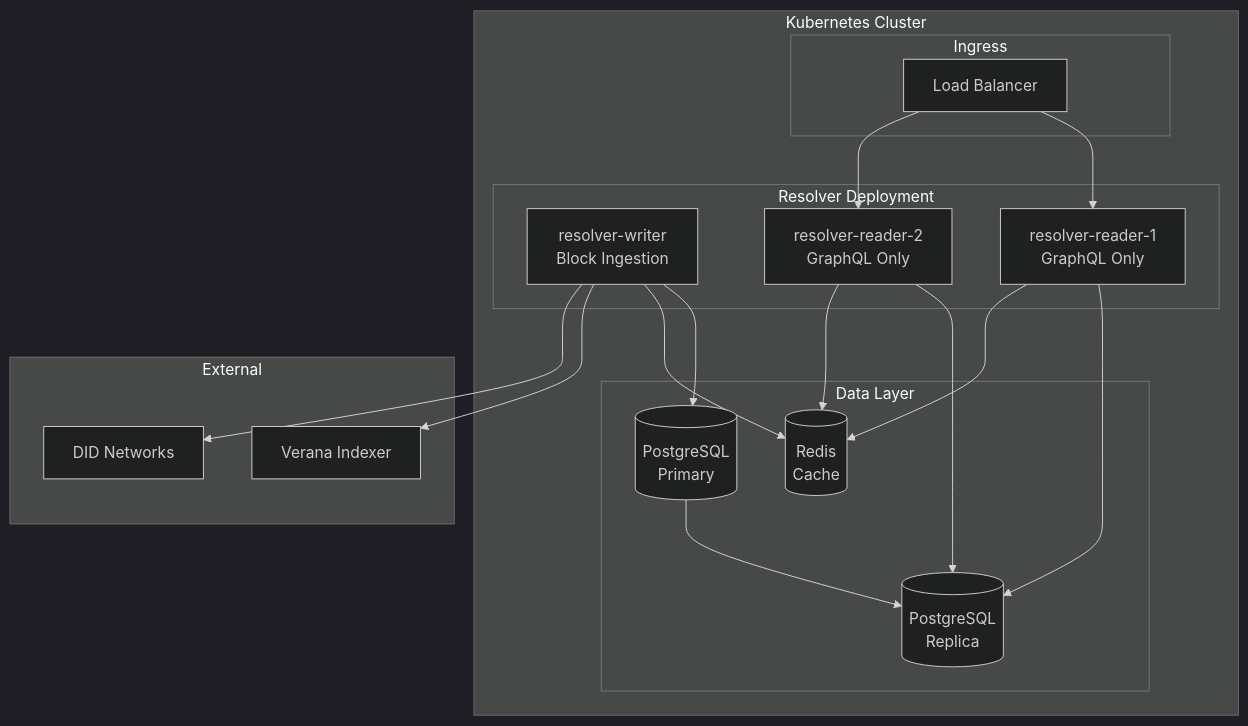
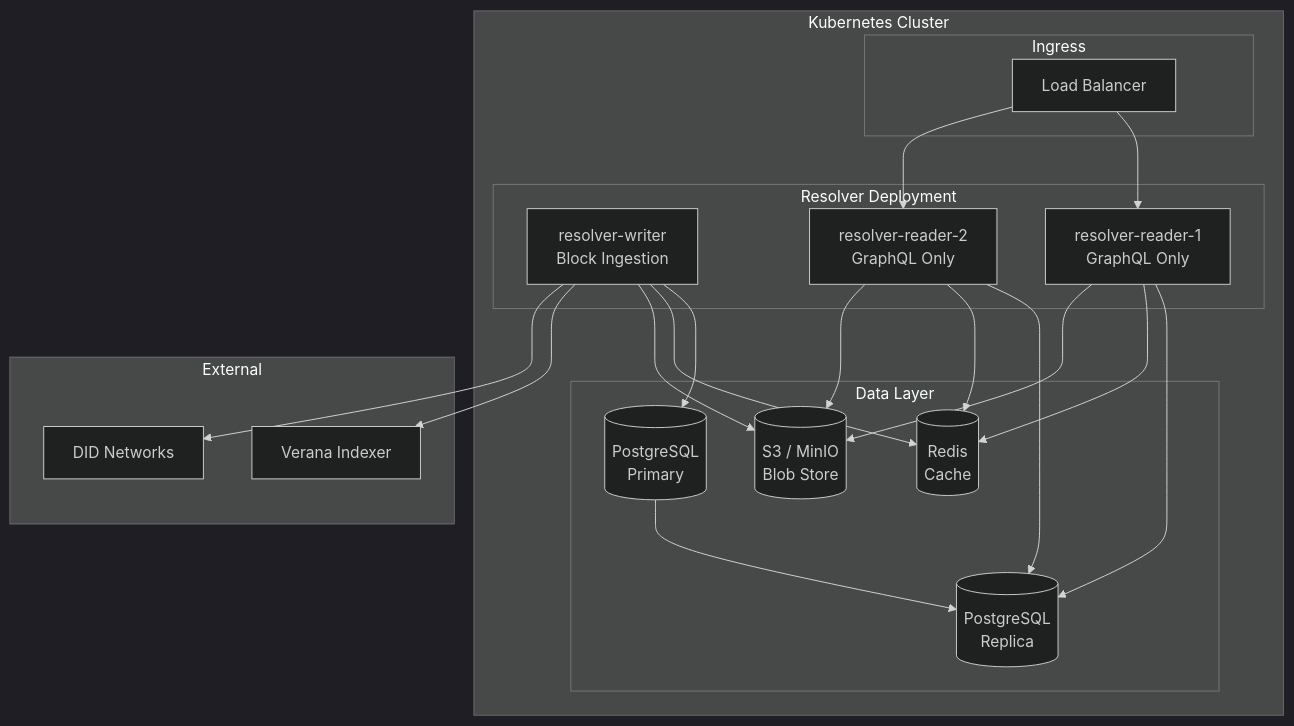
One commit to verana-labs/verana-resolver changed the sixth of 6 diagrams in implementation-plan.md. Above: the diagram before and after it, drawn with Mermaid (dark theme). The commit also changed other lines of this file, not shown here.

````diff
--- a/implementation-plan.md
+++ b/implementation-plan.md
@@ -1386,37 +1428,41 @@
 ```mermaid
 flowchart TB
     subgraph K8s["Kubernetes Cluster"]
         subgraph Resolver["Resolver Deployment"]
             R1[resolver-writer<br/>Block Ingestion]
             R2[resolver-reader-1<br/>GraphQL Only]
             R3[resolver-reader-2<br/>GraphQL Only]
         end
         
         subgraph Data["Data Layer"]
             PG[(PostgreSQL<br/>Primary)]
             PG_R[(PostgreSQL<br/>Replica)]
             REDIS[(Redis<br/>Cache)]
+            S3[(S3 / MinIO<br/>Blob Store)]
         end
         
         subgraph Ingress["Ingress"]
             LB[Load Balancer]
         end
     end
     
     subgraph External["External"]
         IDX[Verana Indexer]
         DID[DID Networks]
     end
     
     LB --> R2
     LB --> R3
     R1 --> PG
     R2 --> PG_R
     R3 --> PG_R
     R1 --> REDIS
     R2 --> REDIS
     R3 --> REDIS
+    R1 --> S3
+    R2 --> S3
+    R3 --> S3
     R1 --> IDX
     R1 --> DID
     PG --> PG_R
 ```
````
